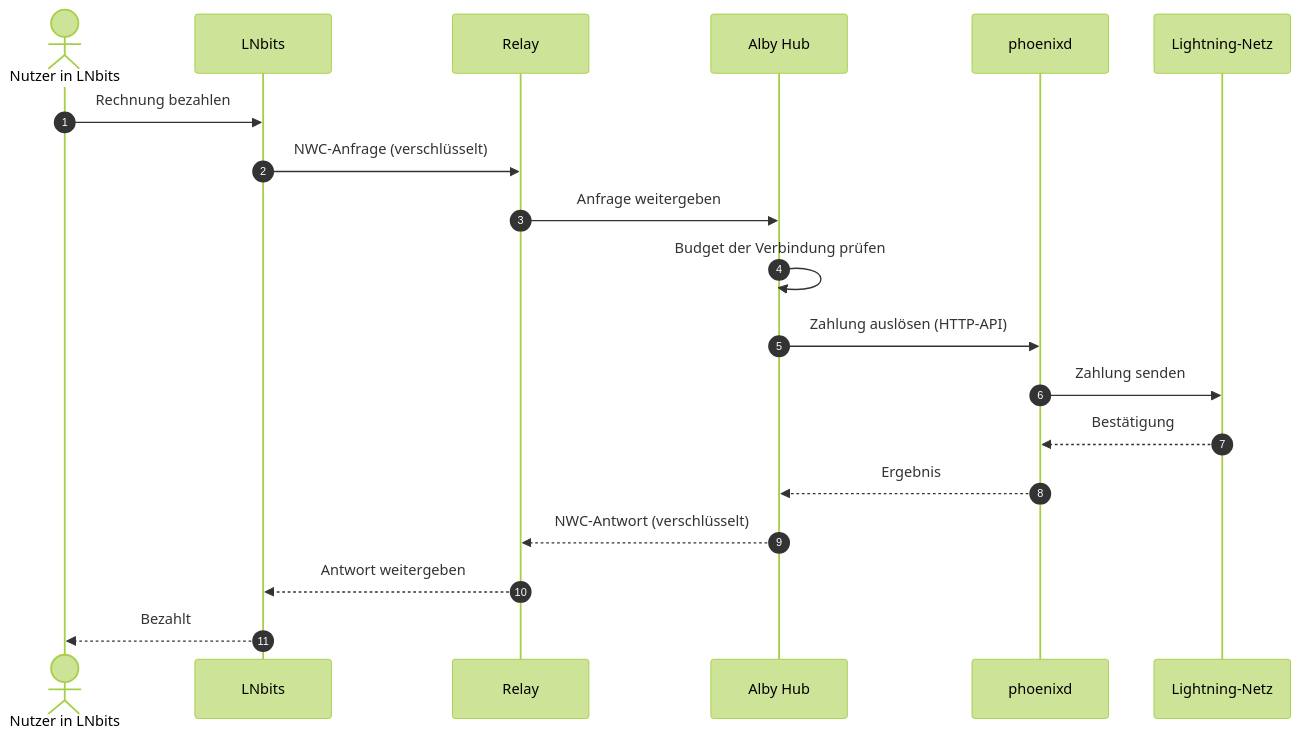
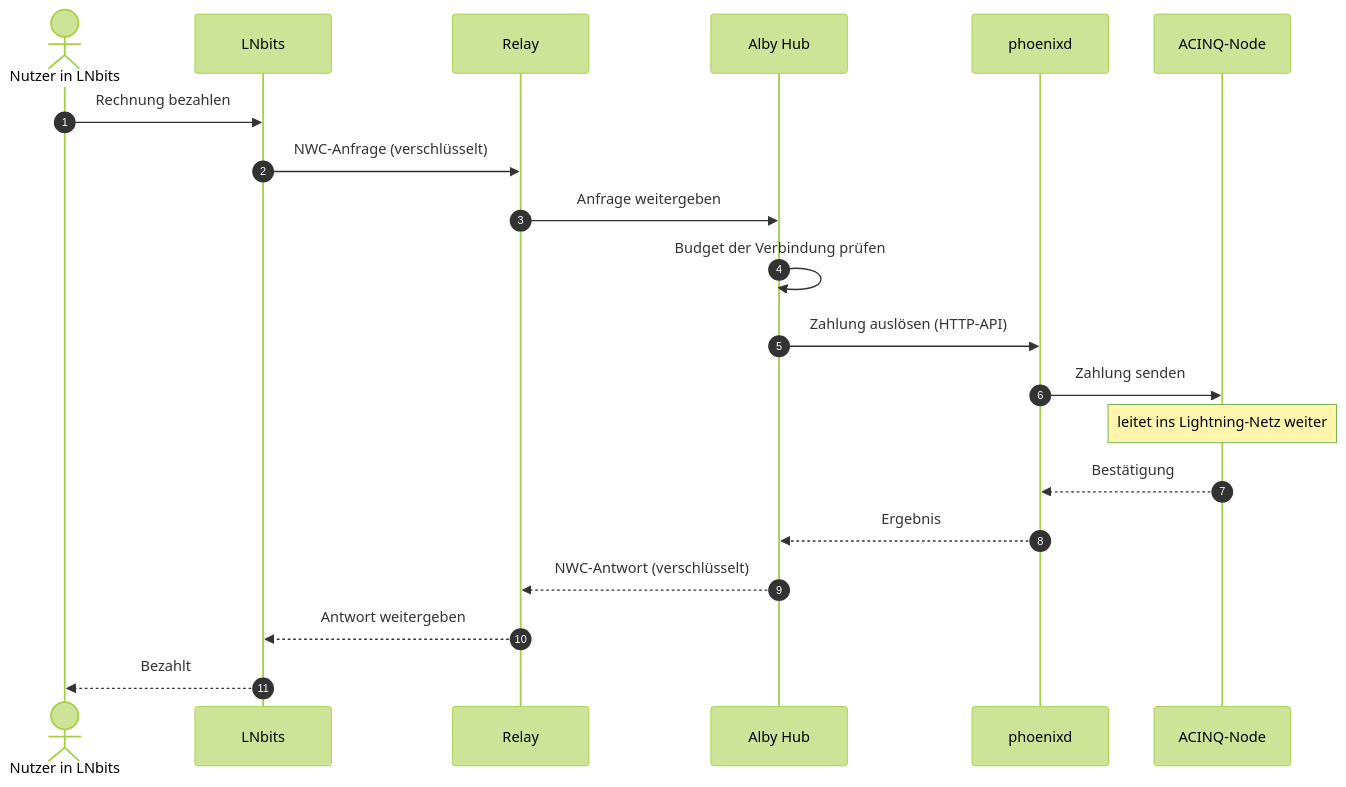
One commit to AxelHamburch/phalnx changed the second of 2 diagrams in src/content/docs/start/overview.md. Above: the diagram before and after it, drawn with Mermaid (forest theme). The commit also changed other lines of this file and 3 other files, not shown here.

Commit message:
Docs: ACINQ hidden-node diagram, funding Alby Hub, explain NWC log check

````diff
--- a/src/content/docs/start/overview.md
+++ b/src/content/docs/start/overview.md
@@ -67,22 +73,23 @@
 ```mermaid
 sequenceDiagram
   autonumber
   actor Nutzer as Nutzer in LNbits
   participant L as LNbits
   participant R as Relay
   participant H as Alby Hub
   participant P as phoenixd
-  participant N as Lightning-Netz
+  participant N as ACINQ-Node
 
   Nutzer->>L: Rechnung bezahlen
   L->>R: NWC-Anfrage (verschlüsselt)
   R->>H: Anfrage weitergeben
   H->>H: Budget der Verbindung prüfen
   H->>P: Zahlung auslösen (HTTP-API)
   P->>N: Zahlung senden
+  Note over N: leitet ins Lightning-Netz weiter
   N-->>P: Bestätigung
   P-->>H: Ergebnis
   H-->>R: NWC-Antwort (verschlüsselt)
   R-->>L: Antwort weitergeben
   L-->>Nutzer: Bezahlt
 ```
````
